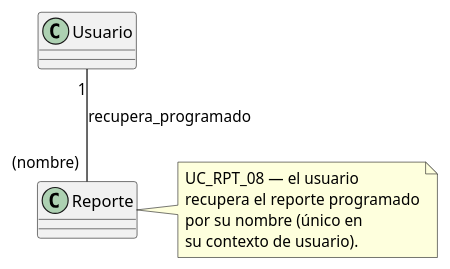
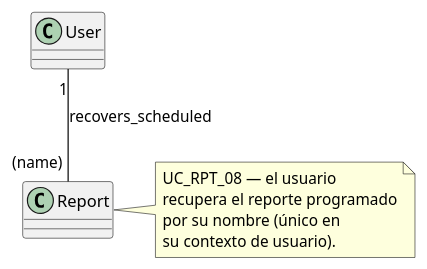
One commit to jcg-admin/IACT-docs changed the diagram in source/requisitos/_metodologia-aplicacion/relaciones-uml/busqueda-de-reporte-por-nombre-programado.rst. Above: the diagram before and after it, drawn with PlantUML. The commit also changed 19 other files, not shown here.

First line of the commit message:
Translate identifiers in B-C relaciones-uml/ (T-011..T-030)

```diff
--- a/source/requisitos/_metodologia-aplicacion/relaciones-uml/busqueda-de-reporte-por-nombre-programado.rst
+++ b/source/requisitos/_metodologia-aplicacion/relaciones-uml/busqueda-de-reporte-por-nombre-programado.rst
@@ -4,14 +4,14 @@
 .. uml::
 
    @startuml
 
-   class Usuario
-   class Reporte
-   Usuario "1" -[#black]- "(nombre)" Reporte : recupera_programado
-   note right of Reporte
+   class User
+   class Report
+   User "1" -[#black]- "(name)" Report : recovers_scheduled
+   note right of Report
      UC_RPT_08 — el usuario
      recupera el reporte programado
      por su nombre (único en
      su contexto de usuario).
    end note
    @enduml
```
